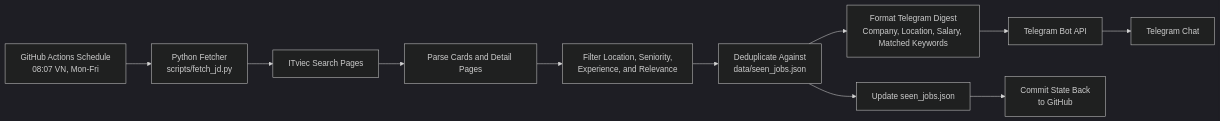
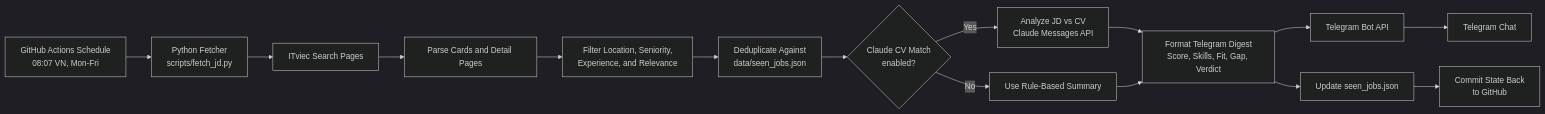
The diagram in README.md (ThanhLam-NetEng/jd-daily-bot), drawn with Mermaid (dark theme) before and after one commit. The commit also changed other lines of this file and 4 other files, not shown here.

````diff
--- a/README.md
+++ b/README.md
@@ -44,13 +45,17 @@
 ```mermaid
 flowchart LR
     A[GitHub Actions Schedule<br/>08:07 VN, Mon-Fri] --> B[Python Fetcher<br/>scripts/fetch_jd.py]
     B --> C[ITviec Search Pages]
     C --> D[Parse Cards and Detail Pages]
     D --> E[Filter Location, Seniority,<br/>Experience, and Relevance]
     E --> F[Deduplicate Against<br/>data/seen_jobs.json]
-    F --> G[Format Telegram Digest<br/>Company, Location, Salary, Matched Keywords]
-    G --> H[Telegram Bot API]
-    H --> I[Telegram Chat]
-    F --> J[Update seen_jobs.json]
-    J --> K[Commit State Back<br/>to GitHub]
+    F --> G{Claude CV Match<br/>enabled?}
+    G -->|Yes| H[Analyze JD vs CV<br/>Claude Messages API]
+    G -->|No| I[Use Rule-Based Summary]
+    H --> J[Format Telegram Digest<br/>Score, Skills, Fit, Gap, Verdict]
+    I --> J
+    J --> K[Telegram Bot API]
+    K --> L[Telegram Chat]
+    J --> M[Update seen_jobs.json]
+    M --> N[Commit State Back<br/>to GitHub]
 ```
````
